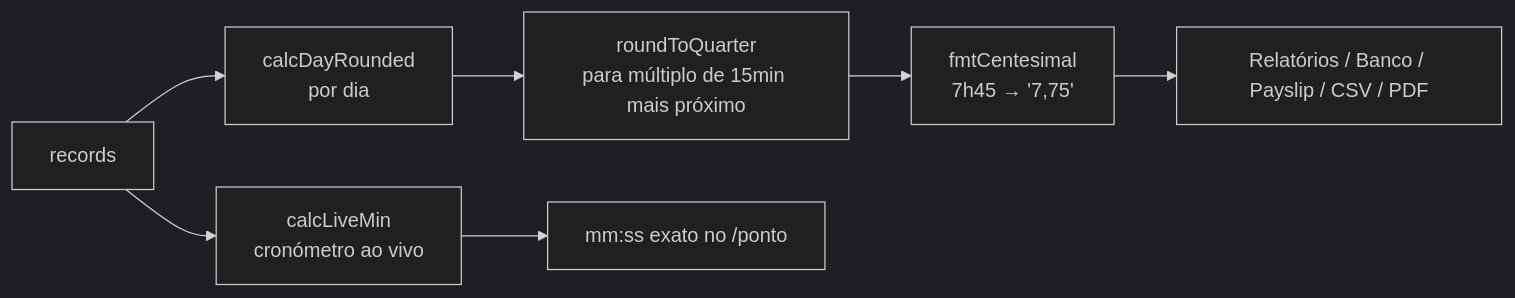
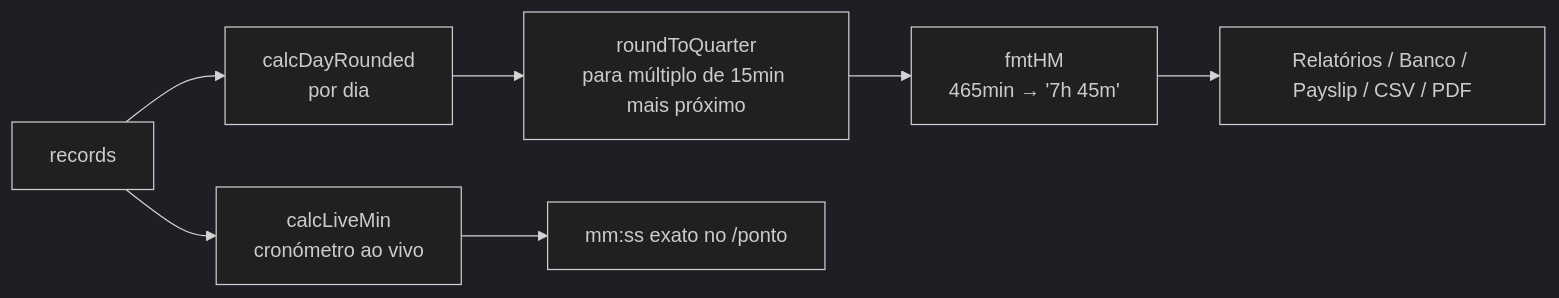
The seventh of 10 diagrams in docs/ARCHITECTURE.md (felipeocgusmao/ponto-glass-next), drawn with Mermaid (dark theme) before and after one commit. The commit also changed other lines of this file and 6 other files, not shown here.

````diff
--- a/docs/ARCHITECTURE.md
+++ b/docs/ARCHITECTURE.md
@@ -270,9 +270,9 @@
 ```mermaid
 flowchart LR
   R[records] --> CD[calcDayRounded<br/>por dia]
   CD --> RQ[roundToQuarter<br/>para múltiplo de 15min mais próximo]
-  RQ --> FC[fmtCentesimal<br/>7h45 → '7,75']
+  RQ --> FC[fmtHM<br/>465min → '7h 45m']
   FC --> UI[Relatórios / Banco / Payslip / CSV / PDF]
   R --> CR[calcLiveMin<br/>cronómetro ao vivo]
   CR --> RAW[mm:ss exato no /ponto]
 ```
````
